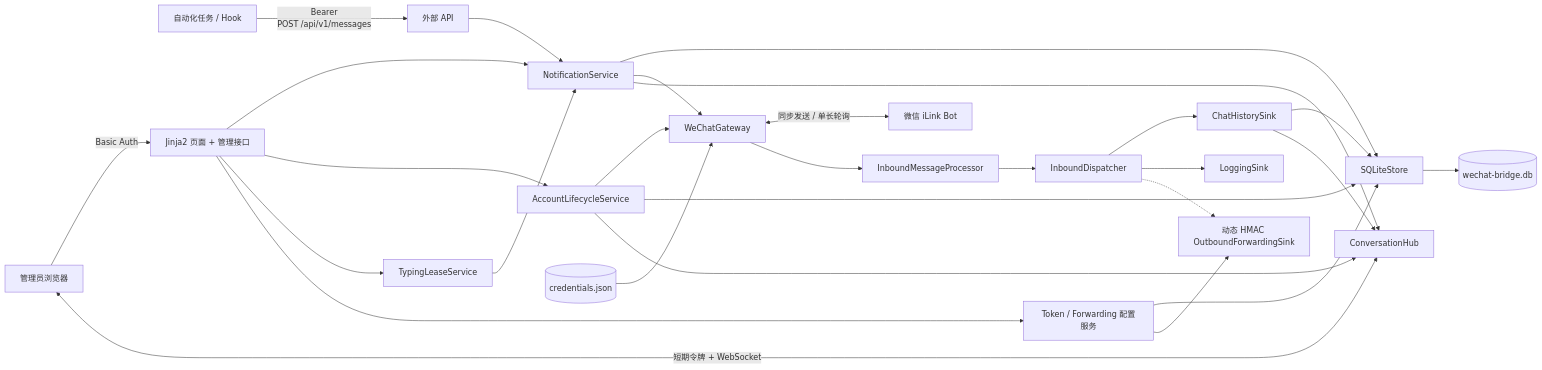
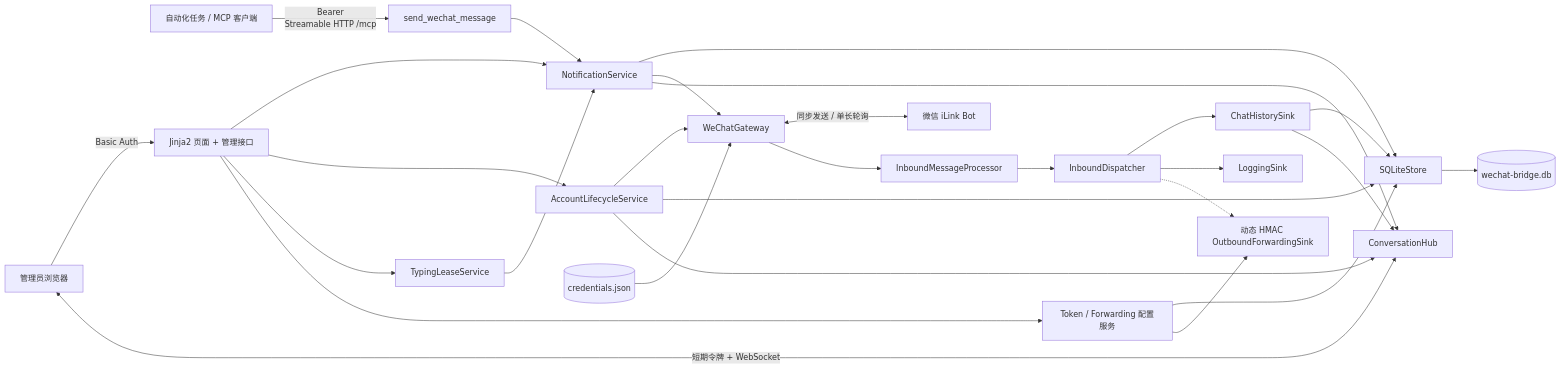
The first of 5 diagrams in docs/architecture.md (MyOldTime/wechat-bot-bridge), drawn with Mermaid before and after one commit. The commit also changed other lines of this file and 38 other files, not shown here.

````diff
--- a/docs/architecture.md
+++ b/docs/architecture.md
@@ -66,30 +66,30 @@
 ```mermaid
 flowchart LR
-    EXT["自动化任务 / Hook"] -->|"Bearer<br/>POST /api/v1/messages"| API["外部 API"]
+    EXT["自动化任务 / MCP 客户端"] -->|"Bearer<br/>Streamable HTTP /mcp"| API["send_wechat_message"]
     ADMIN["管理员浏览器"] -->|"Basic Auth"| WEB["Jinja2 页面 + 管理接口"]
     ADMIN <-->|"短期令牌 + WebSocket"| HUB["ConversationHub"]
     API --> APP["NotificationService"]
     WEB --> APP
     WEB --> ACCOUNT["AccountLifecycleService"]
     WEB --> LEASE["TypingLeaseService"]
     WEB --> CONFIG["Token / Forwarding 配置服务"]
     LEASE --> APP
     APP --> STORE["SQLiteStore"]
     APP --> GW["WeChatGateway"]
     APP --> HUB
     ACCOUNT --> GW
     ACCOUNT --> STORE
     ACCOUNT --> HUB
     GW <-->|"同步发送 / 单长轮询"| ILINK["微信 iLink Bot"]
     GW --> INBOUND["InboundMessageProcessor"]
     INBOUND --> DISP["InboundDispatcher"]
     DISP --> CHAT["ChatHistorySink"]
     CHAT --> STORE
     CHAT --> HUB
     DISP --> LOG["LoggingSink"]
     DISP -.-> FORWARD["动态 HMAC OutboundForwardingSink"]
     CONFIG --> STORE
     CONFIG --> FORWARD
     STORE --> DB[("wechat-bridge.db")]
     CREDS[("credentials.json")] --> GW
 ```
````
